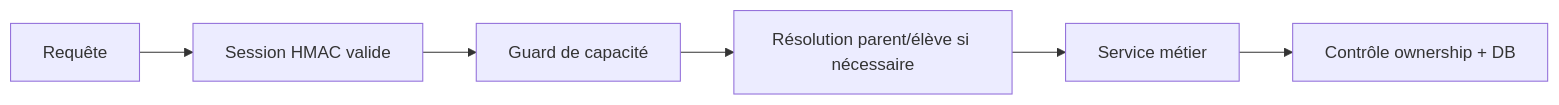
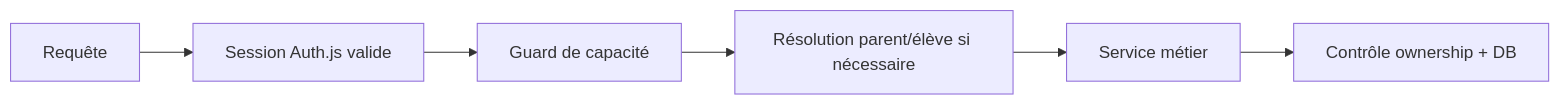
The fifth of 6 diagrams in docs/WORKFLOWS.md (LordVERTON/SIKASCHOOL-website), drawn with Mermaid before and after one commit. The commit also changed other lines of this file and 7 other files, not shown here.

````diff
--- a/docs/WORKFLOWS.md
+++ b/docs/WORKFLOWS.md
@@ -98,8 +98,8 @@
 ```mermaid
 flowchart LR
-  A[Requête] --> B[Session HMAC valide]
+  A[Requête] --> B[Session Auth.js valide]
   B --> C[Guard de capacité]
   C --> D[Résolution parent/élève si nécessaire]
   D --> E[Service métier]
   E --> F[Contrôle ownership + DB]
 ```
````
